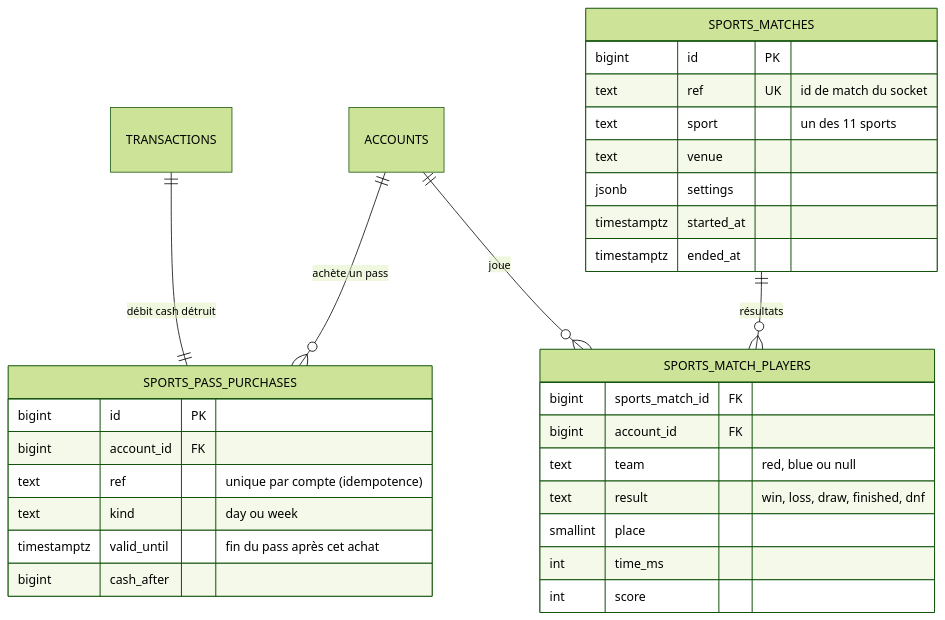
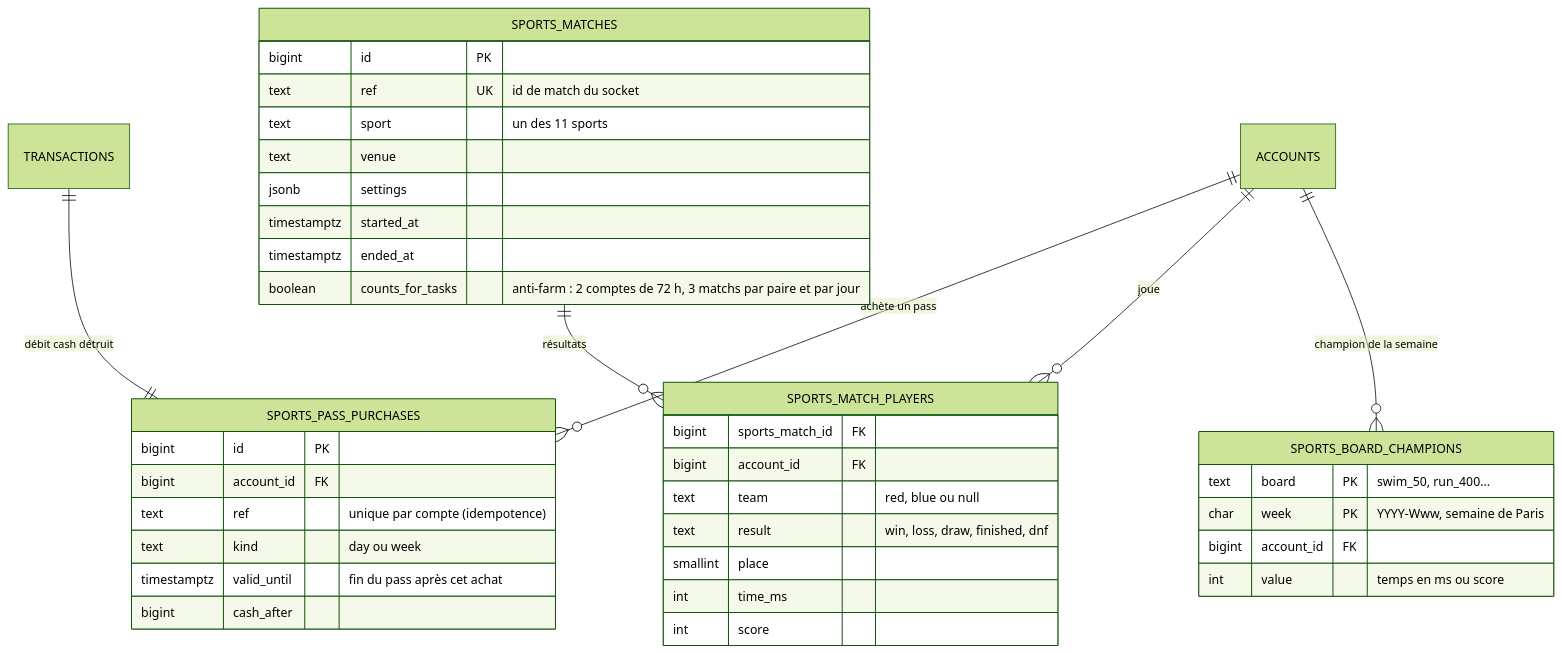
The fifth of 9 diagrams in docs/DATA_MODEL.md (Elfspectrals/CampusCove), drawn with Mermaid (forest theme) before and after one commit. The commit also changed 64 other files, not shown here.

First line of the commit message:
feat(sports): weekly boards, anti-farm, watch app and sportswear

````diff
--- a/docs/DATA_MODEL.md
+++ b/docs/DATA_MODEL.md
@@ -236,34 +236,42 @@
 ```mermaid
 erDiagram
     ACCOUNTS ||--o{ SPORTS_PASS_PURCHASES : "achète un pass"
     TRANSACTIONS ||--|| SPORTS_PASS_PURCHASES : "débit cash détruit"
     SPORTS_MATCHES ||--o{ SPORTS_MATCH_PLAYERS : "résultats"
     ACCOUNTS ||--o{ SPORTS_MATCH_PLAYERS : joue
+    ACCOUNTS ||--o{ SPORTS_BOARD_CHAMPIONS : "champion de la semaine"
 
     SPORTS_PASS_PURCHASES {
         bigint id PK
         bigint account_id FK
         text ref "unique par compte (idempotence)"
         text kind "day ou week"
         timestamptz valid_until "fin du pass après cet achat"
         bigint cash_after
     }
     SPORTS_MATCHES {
         bigint id PK
         text ref UK "id de match du socket"
         text sport "un des 11 sports"
         text venue
         jsonb settings
         timestamptz started_at
         timestamptz ended_at
+        boolean counts_for_tasks "anti-farm : 2 comptes de 72 h, 3 matchs par paire et par jour"
+    }
+    SPORTS_BOARD_CHAMPIONS {
+        text board PK "swim_50, run_400..."
+        char week PK "YYYY-Www, semaine de Paris"
+        bigint account_id FK
+        int value "temps en ms ou score"
     }
     SPORTS_MATCH_PLAYERS {
         bigint sports_match_id FK
         bigint account_id FK
         text team "red, blue ou null"
         text result "win, loss, draw, finished, dnf"
         smallint place
         int time_ms
         int score
     }
 ```
````
